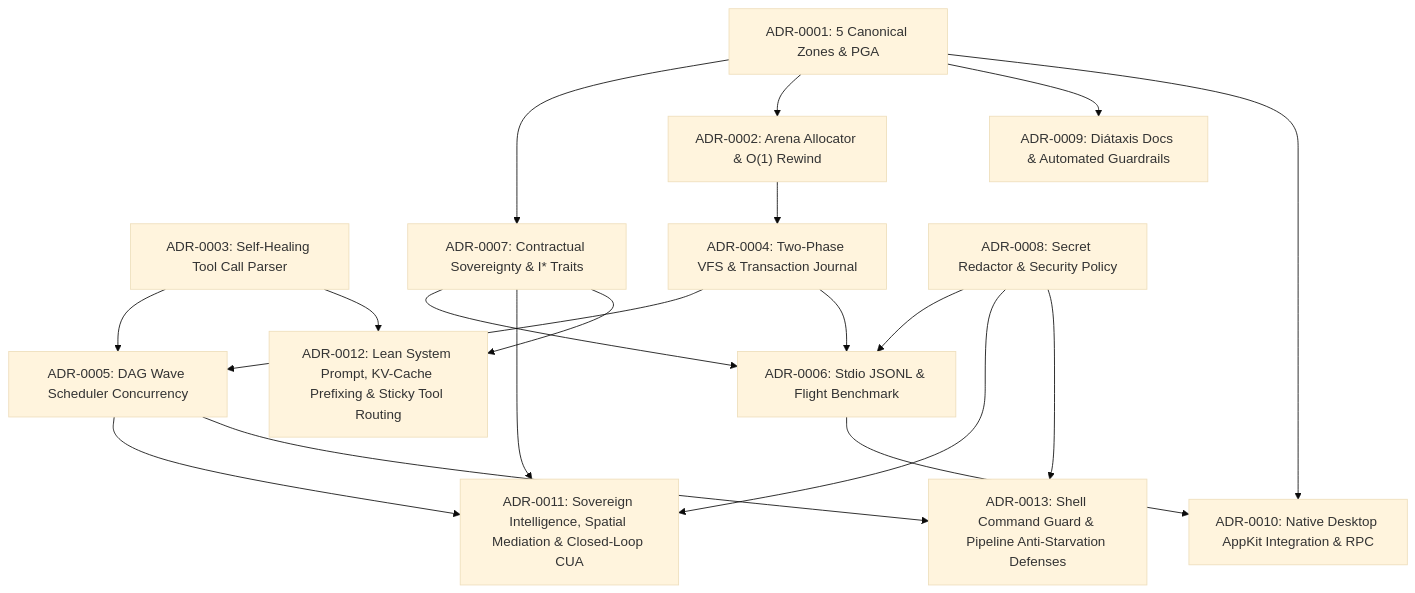
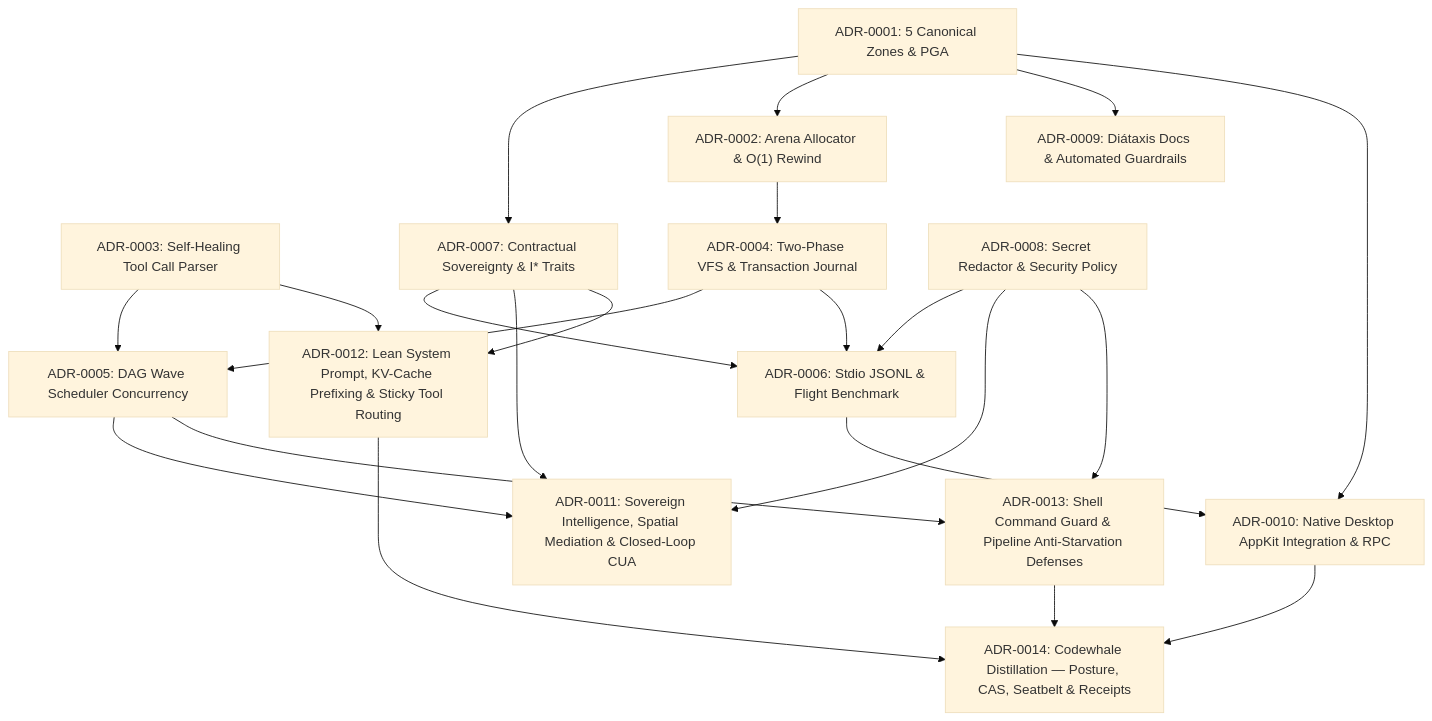
The diagram in docs/adr/README.md (CardSorting/HEAV3NS-MICRO), drawn with Mermaid (base theme) before and after one commit. The commit also changed other lines of this file and 66 other files, not shown here.

````diff
--- a/docs/adr/README.md
+++ b/docs/adr/README.md
@@ -23,35 +23,39 @@
 ```mermaid
 flowchart TD
   ADR1["ADR-0001: 5 Canonical Zones & PGA"]
   ADR2["ADR-0002: Arena Allocator & O(1) Rewind"]
   ADR3["ADR-0003: Self-Healing Tool Call Parser"]
   ADR4["ADR-0004: Two-Phase VFS & Transaction Journal"]
   ADR5["ADR-0005: DAG Wave Scheduler Concurrency"]
   ADR6["ADR-0006: Stdio JSONL & Flight Benchmark"]
   ADR7["ADR-0007: Contractual Sovereignty & I* Traits"]
   ADR8["ADR-0008: Secret Redactor & Security Policy"]
   ADR9["ADR-0009: Diátaxis Docs & Automated Guardrails"]
   ADR10["ADR-0010: Native Desktop AppKit Integration & RPC"]
   ADR11["ADR-0011: Sovereign Intelligence, Spatial Mediation & Closed-Loop CUA"]
   ADR12["ADR-0012: Lean System Prompt, KV-Cache Prefixing & Sticky Tool Routing"]
   ADR13["ADR-0013: Shell Command Guard & Pipeline Anti-Starvation Defenses"]
+  ADR14["ADR-0014: Codewhale Distillation — Posture, CAS, Seatbelt & Receipts"]
 
   ADR1 --> ADR7
   ADR1 --> ADR2
   ADR2 --> ADR4
   ADR3 --> ADR5
   ADR4 --> ADR5
   ADR4 --> ADR6
   ADR7 --> ADR6
   ADR8 --> ADR6
   ADR1 --> ADR9
   ADR6 --> ADR10
   ADR1 --> ADR10
   ADR5 --> ADR11
   ADR7 --> ADR11
   ADR8 --> ADR11
   ADR3 --> ADR12
   ADR7 --> ADR12
   ADR8 --> ADR13
   ADR5 --> ADR13
+  ADR10 --> ADR14
+  ADR12 --> ADR14
+  ADR13 --> ADR14
 ```
````
